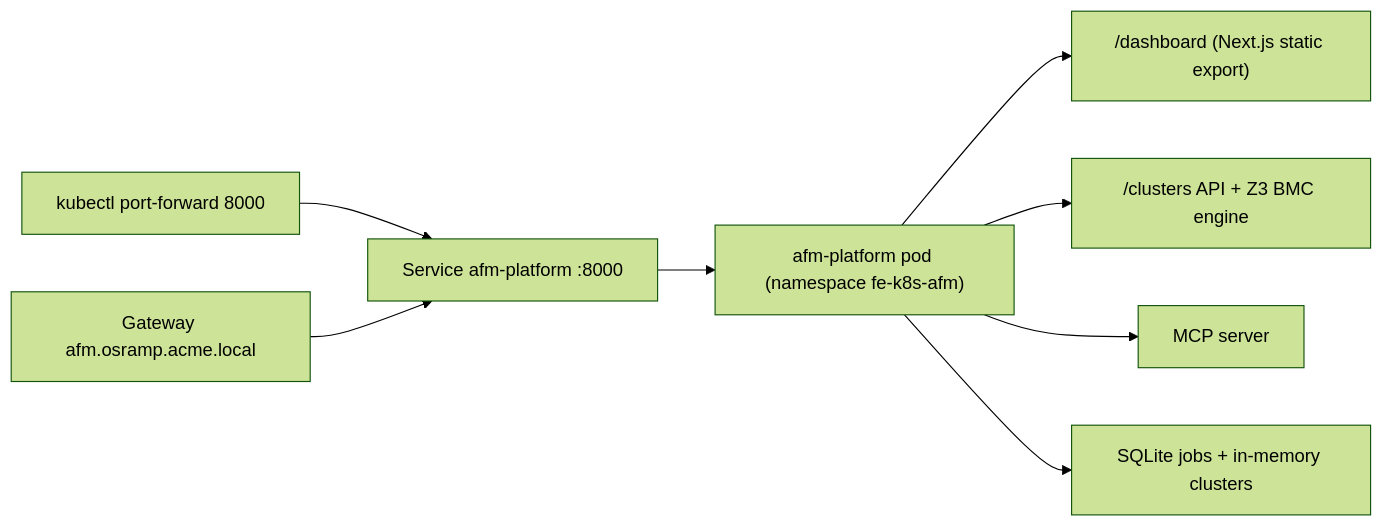
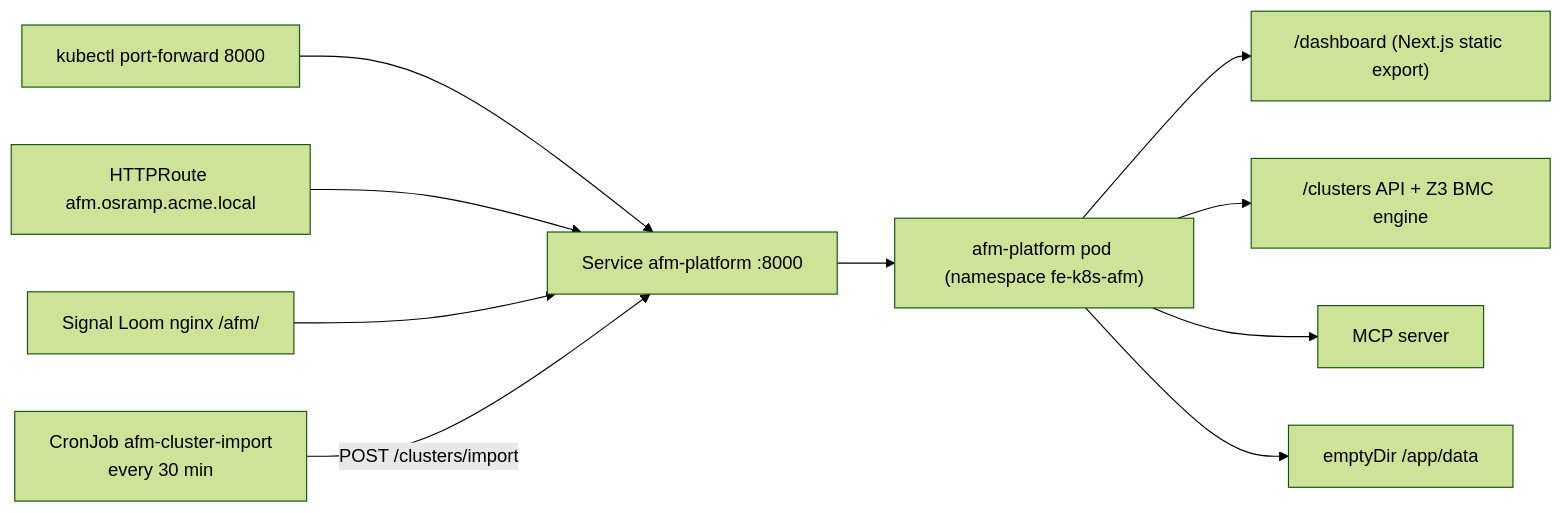
Before and after one commit to sublimino/architecture-as-code: the diagram in d2-k8s-afm/README.md, drawn with Mermaid (forest theme). The commit also changed other lines of this file and 50 other files, not shown here.

````diff
--- a/d2-k8s-afm/README.md
+++ b/d2-k8s-afm/README.md
@@ -45,10 +39,12 @@
 ```mermaid
 flowchart LR
   PF["kubectl port-forward 8000"] --> SVC["Service afm-platform :8000"]
-  GW["Gateway afm.osramp.acme.local"] --> SVC
+  GW["HTTPRoute afm.osramp.acme.local"] --> SVC
+  NGX["Signal Loom nginx /afm/"] --> SVC
+  CRON["CronJob afm-cluster-import<br/>every 30 min"] -- "POST /clusters/import" --> SVC
   SVC --> POD["afm-platform pod (namespace fe-k8s-afm)"]
   POD --> DASH["/dashboard (Next.js static export)"]
   POD --> API["/clusters API + Z3 BMC engine"]
   POD --> MCP["MCP server"]
-  POD --> DB["SQLite jobs + in-memory clusters"]
+  POD --> DATA["emptyDir /app/data"]
 ```
````
